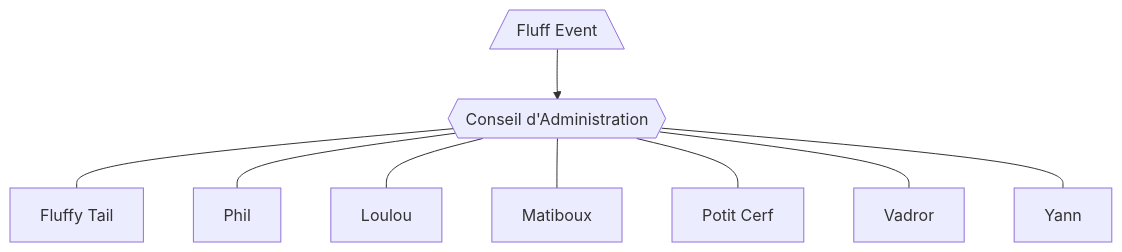
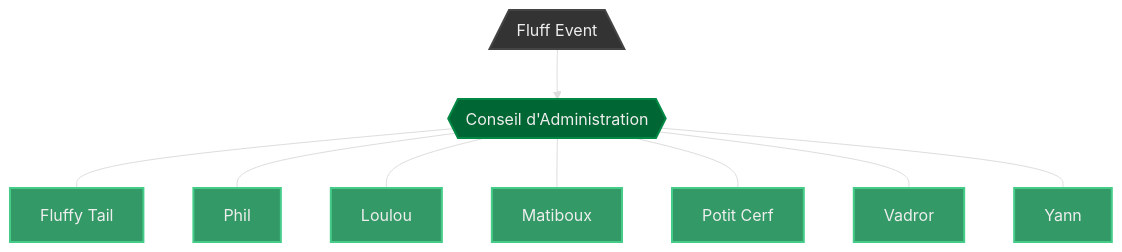
The diagram in Conseil d'Administration.md (matiboux/FluffEvent-association-documents), drawn with Mermaid before and after one commit.

Commit message:
Add conseil graph styles

````diff
--- a/Conseil d'Administration.md
+++ b/Conseil d'Administration.md
@@ -9,13 +9,25 @@
 ```mermaid
 graph TB
   FE[/Fluff Event\]
   FE --> CA{{Conseil d'Administration}}
 
   CA --- Fluffy[Fluffy Tail]
   CA --- Phil[Phil]
   CA --- Loulou[Loulou]
   CA --- Matiboux[Matiboux]
   CA --- Potit[Potit Cerf]
   CA --- Vadror[Vadror]
   CA --- Yann[Yann]
+
+  style FE fill:#333,color:#eee,stroke:#444,stroke-width:2px
+  style CA fill:#063,color:#eee,stroke:#084,stroke-width:2px
+  style Fluffy fill:#396,color:#eee,stroke:#4c8,stroke-width:2px
+  style Phil fill:#396,color:#eee,stroke:#4c8,stroke-width:2px
+  style Loulou fill:#396,color:#eee,stroke:#4c8,stroke-width:2px
+  style Matiboux fill:#396,color:#eee,stroke:#4c8,stroke-width:2px
+  style Potit fill:#396,color:#eee,stroke:#4c8,stroke-width:2px
+  style Vadror fill:#396,color:#eee,stroke:#4c8,stroke-width:2px
+  style Yann fill:#396,color:#eee,stroke:#4c8,stroke-width:2px
+
+  linkStyle 0,1,2,3,4,5,6,7 color:#ddd,stroke:#ddd,stroke-width:1px
 ```
````
